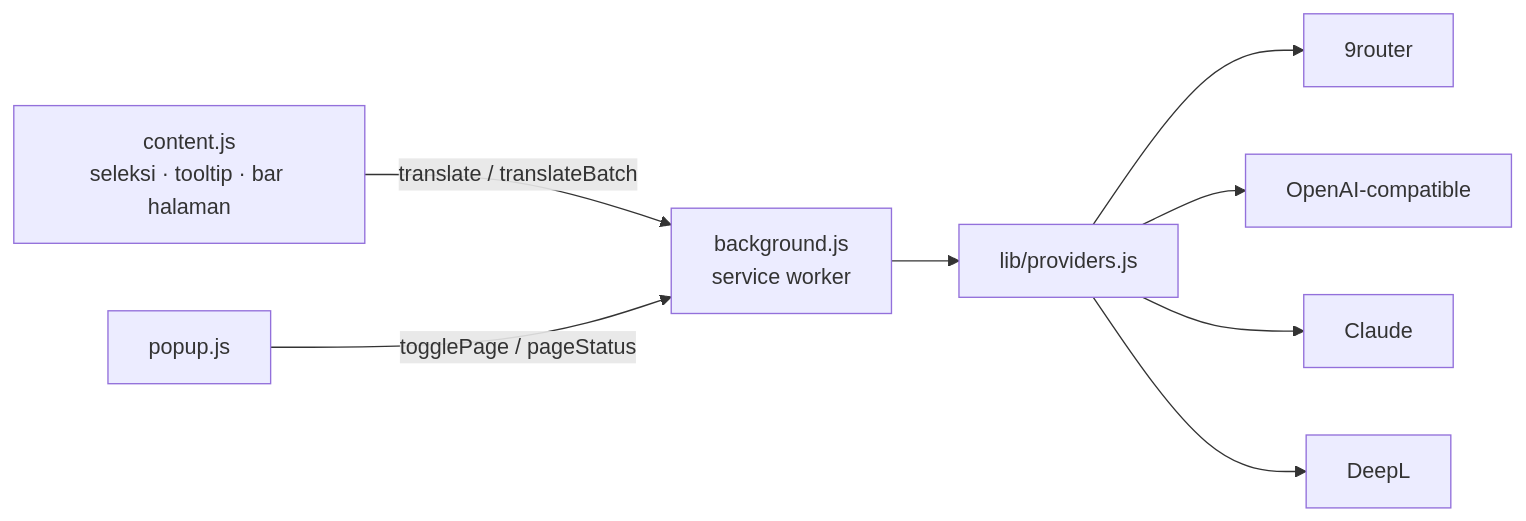
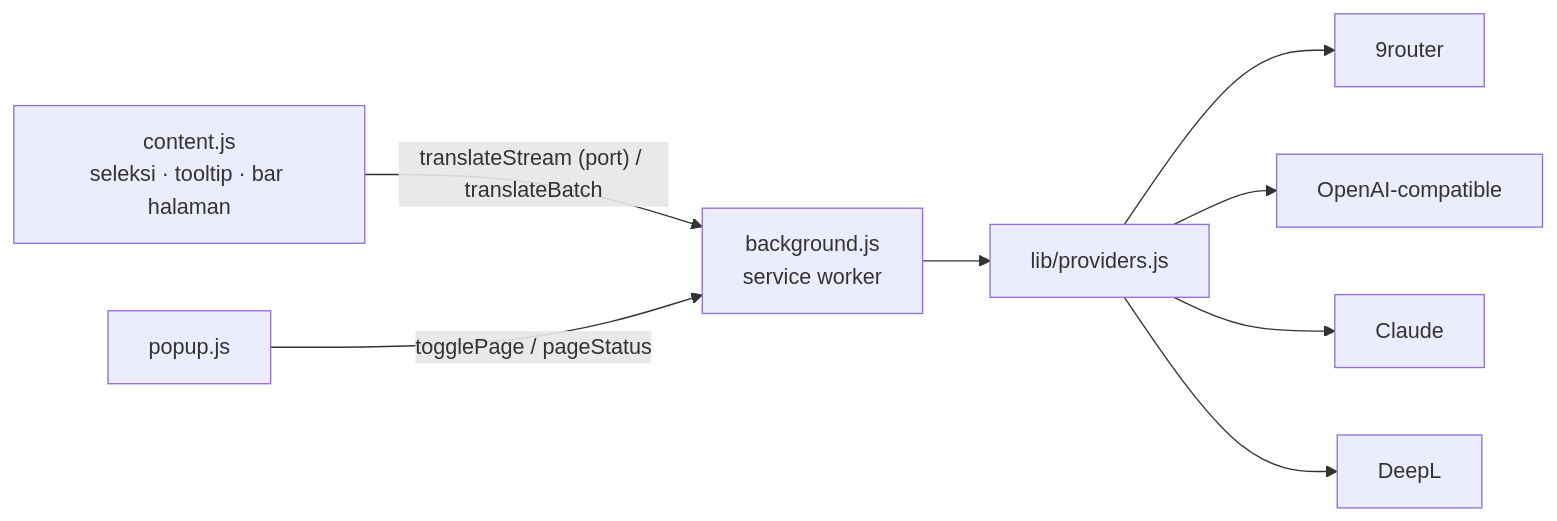
The diagram in README.id.md (tirsasaki/wraith-translate), drawn with Mermaid before and after one commit. The commit also changed other lines of this file and 10 other files, not shown here.

````diff
--- a/README.id.md
+++ b/README.id.md
@@ -279,10 +328,10 @@
 ```mermaid
 flowchart LR
-    A["content.js<br/>seleksi · tooltip · bar halaman"] -- "translate / translateBatch" --> B["background.js<br/>service worker"]
+    A["content.js<br/>seleksi · tooltip · bar halaman"] -- "translateStream (port) / translateBatch" --> B["background.js<br/>service worker"]
     P["popup.js"] -- "togglePage / pageStatus" --> B
     B --> C["lib/providers.js"]
     C --> D1["9router"]
     C --> D2["OpenAI-compatible"]
     C --> D3["Claude"]
     C --> D4["DeepL"]
 ```
````
